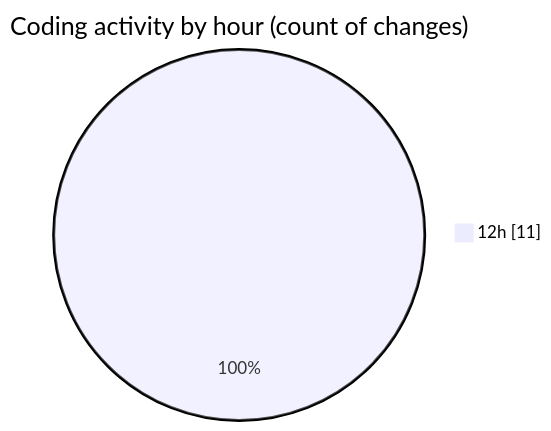
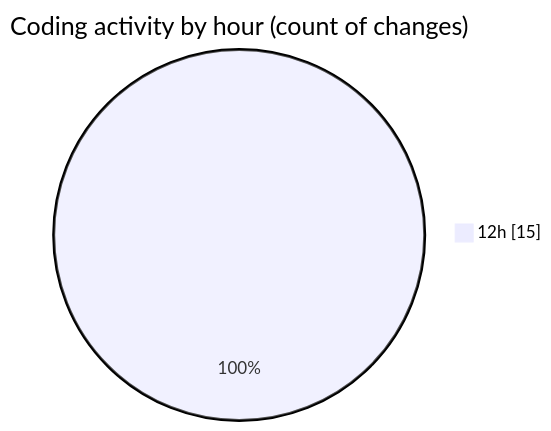
One commit to CELIANVF/code-tracking changed the second of 2 diagrams in 2025-05-21/ecodeli-1/README.md. Above: the diagram before and after it, drawn with Mermaid. The commit also changed other lines of this file and 1 other file, not shown here.

````diff
--- a/2025-05-21/ecodeli-1/README.md
+++ b/2025-05-21/ecodeli-1/README.md
@@ -32,5 +36,5 @@
 ```mermaid
 pie showData
 title Coding activity by hour (count of changes)
-"12h" : 11
+"12h" : 15
 ```
````
